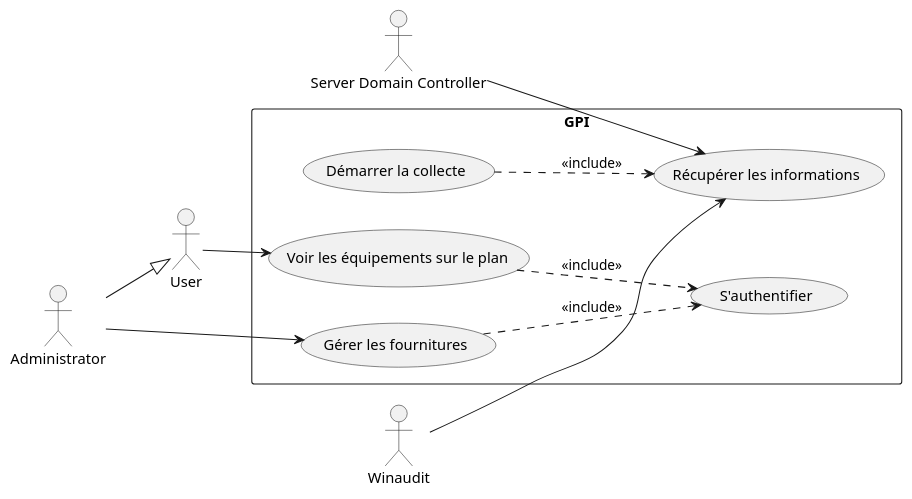
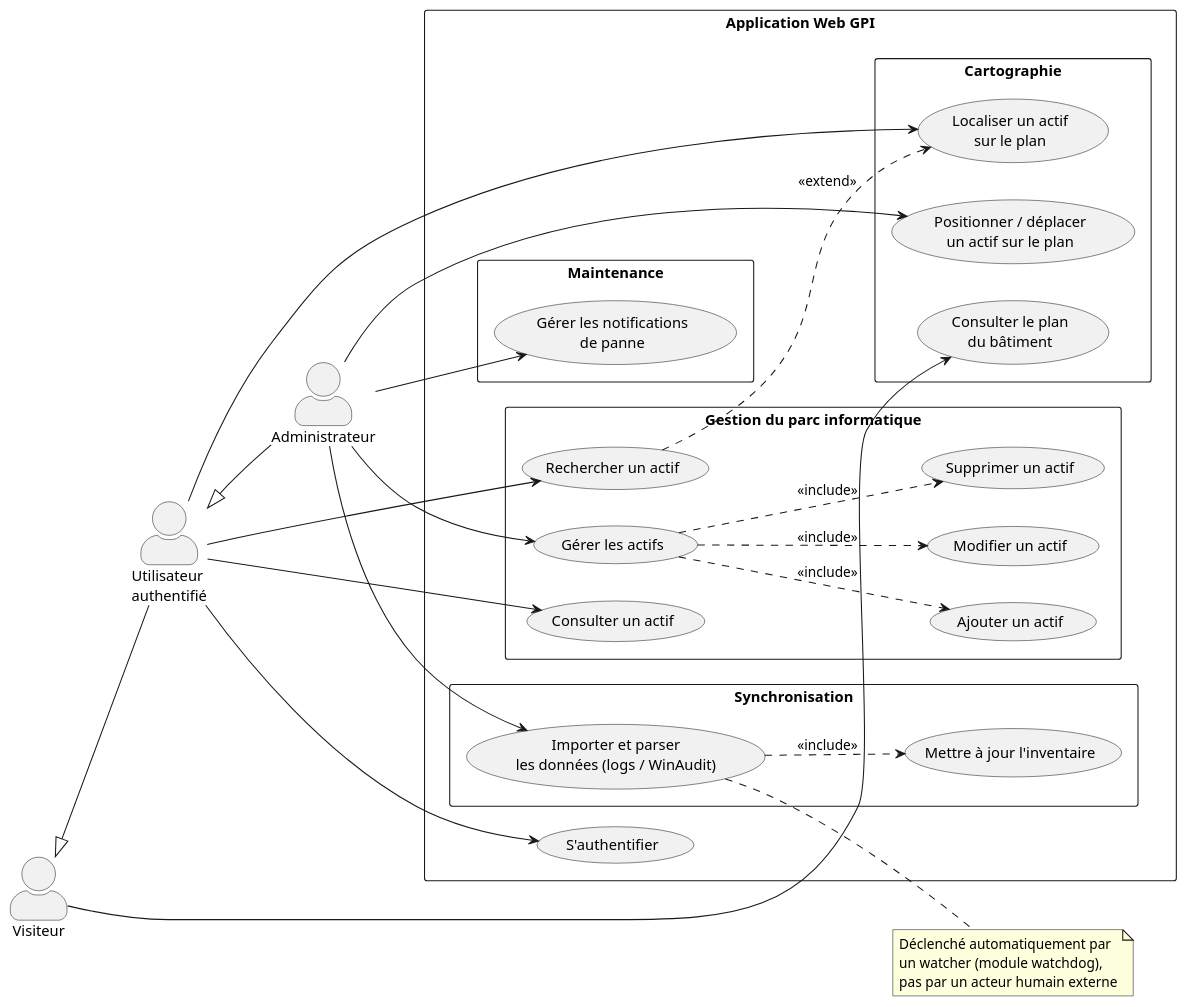
The diagram in Plans_de_conception_du_GPI/User_case/user_case_proto_1.puml (ratsimandresyy/GPI_Artec), drawn with PlantUML before and after one commit. The commit also changed 8 other files, not shown here.

```diff
--- a/Plans_de_conception_du_GPI/User_case/user_case_proto_1.puml
+++ b/Plans_de_conception_du_GPI/User_case/user_case_proto_1.puml
@@ -1,33 +1,81 @@
-@startuml user_case_GPI
+@startuml GPI_UseCase
 
 left to right direction
+skinparam packageStyle rectangle
+skinparam actorStyle awesome
 
-actor User
-actor "Administrator" as Admin
-actor "Server Domain Controller" as SDC
-actor "Winaudit" as software
+actor "Visiteur" as Visitor
+actor "Utilisateur\nauthentifié" as User
+actor "Administrateur" as Admin
 
-rectangle "GPI" {
+Visitor <|-- User
+User <|-- Admin
 
-    usecase "Démarrer la collecte" as start
-    usecase "Récupérer les informations" as collecte
-    usecase "S'authentifier" as login
-    usecase "Gérer les fournitures" as gestion
-    usecase "Voir les équipements sur le plan" as Viewplan
+rectangle "Application Web GPI" {
+
+    usecase "S'authentifier" as Login
+
+    package "Gestion du parc informatique" {
+
+        usecase "Consulter un actif" as View
+        usecase "Rechercher un actif" as Search
+        usecase "Gérer les actifs" as ManageAssets
+        usecase "Ajouter un actif" as Add
+        usecase "Modifier un actif" as Update
+        usecase "Supprimer un actif" as Delete
+
+    }
+
+    package "Cartographie" {
+
+        usecase "Consulter le plan\ndu bâtiment" as Map
+        usecase "Localiser un actif\nsur le plan" as Locate
+        usecase "Positionner / déplacer\nun actif sur le plan" as Position
+
+    }
+
+    package "Maintenance" {
+
+        usecase "Gérer les notifications\nde panne" as Notify
+
+    }
+
+    package "Synchronisation" {
+
+        usecase "Importer et parser\nles données (logs / WinAudit)" as Import
+        usecase "Mettre à jour l'inventaire" as SyncDB
+
+    }
 
 }
 
-Admin --|> User
+' -- Accès Visiteur (anonyme, lecture seule sur le plan) --
+Visitor --> Map
 
-User --> Viewplan
-Admin --> gestion
+' -- Accès Utilisateur authentifié (hérite de Visitor + consultation) --
+User --> Login
+User --> View
+User --> Search
+User --> Locate
 
-Viewplan ..> login : <<include>>
-gestion ..> login : <<include>>
+' -- Accès Administrateur (hérite de User + gestion complète) --
+Admin --> ManageAssets
+Admin --> Position
+Admin --> Notify
+Admin --> Import
 
-SDC --> collecte
-software --> collecte
+' -- Relations d'inclusion --
+ManageAssets ..> Add : <<include>>
+ManageAssets ..> Update : <<include>>
+ManageAssets ..> Delete : <<include>>
 
-start ..> collecte : <<include>>
+Search ..> Locate : <<extend>>
+Import ..> SyncDB : <<include>>
+
+note right of Import
+  Déclenché automatiquement par
+  un watcher (module watchdog),
+  pas par un acteur humain externe
+end note
 
 @enduml
```
